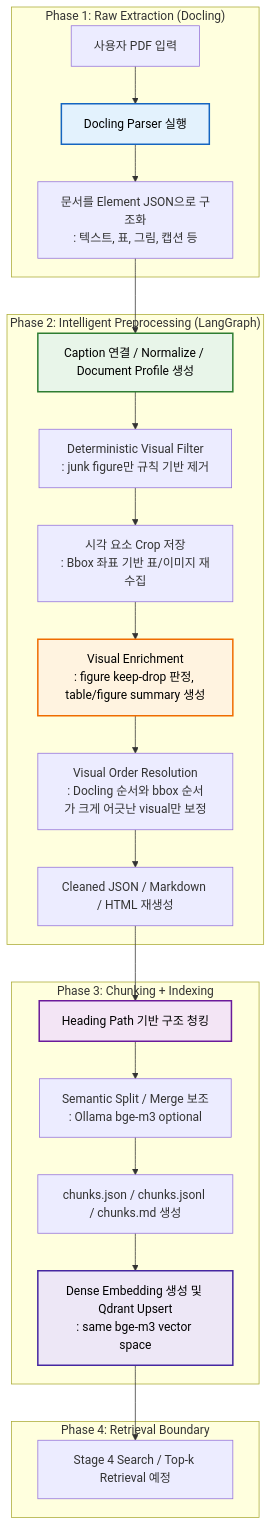
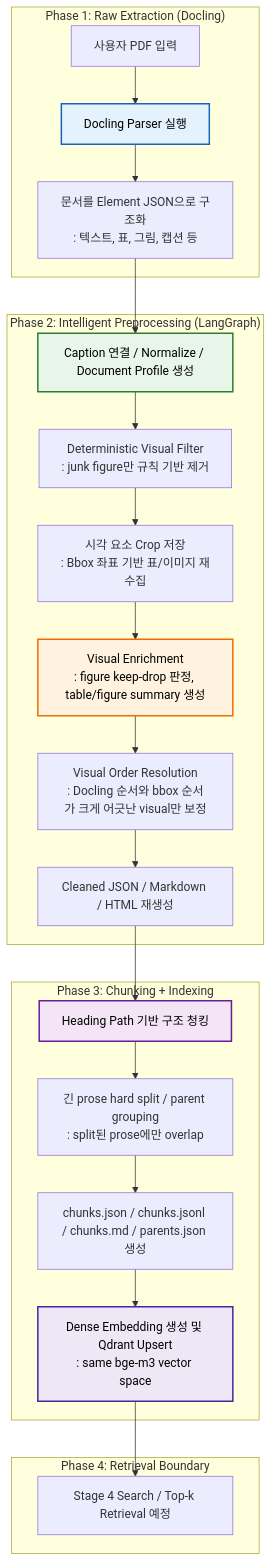
The diagram in README.md (sonsukwoo/doc-chat-rag), drawn with Mermaid before and after one commit. The commit also changed other lines of this file and 6 other files, not shown here.

Commit message:
stage3 청킹 리팩토링: semantic 보정 제거, parent_id/parents.json 도입

````diff
--- a/README.md
+++ b/README.md
@@ -54,33 +54,33 @@
 ```mermaid
 flowchart TD
     subgraph "Phase 1: Raw Extraction (Docling)"
         A[사용자 PDF 입력] --> B[Docling Parser 실행]
         B --> C[문서를 Element JSON으로 구조화\n: 텍스트, 표, 그림, 캡션 등]
     end
 
     subgraph "Phase 2: Intelligent Preprocessing (LangGraph)"
         C --> D[Caption 연결 / Normalize / Document Profile 생성]
         D --> E[Deterministic Visual Filter\n: junk figure만 규칙 기반 제거]
         E --> F[시각 요소 Crop 저장\n: Bbox 좌표 기반 표/이미지 재수집]
         F --> G[Visual Enrichment\n: figure keep-drop 판정, table/figure summary 생성]
         G --> H[Visual Order Resolution\n: Docling 순서와 bbox 순서가 크게 어긋난 visual만 보정]
         H --> I[Cleaned JSON / Markdown / HTML 재생성]
     end
 
     subgraph "Phase 3: Chunking + Indexing"
         I --> J[Heading Path 기반 구조 청킹]
-        J --> K[Semantic Split / Merge 보조\n: Ollama bge-m3 optional]
-        K --> L[chunks.json / chunks.jsonl / chunks.md 생성]
+        J --> K[긴 prose hard split / parent grouping\n: split된 prose에만 overlap]
+        K --> L[chunks.json / chunks.jsonl / chunks.md / parents.json 생성]
         L --> M[Dense Embedding 생성 및 Qdrant Upsert\n: same bge-m3 vector space]
     end
 
     subgraph "Phase 4: Retrieval Boundary"
         M --> N[Stage 4 Search / Top-k Retrieval 예정]
     end
 
     style B fill:#e3f2fd,stroke:#1565c0,stroke-width:2px,color:#000
     style D fill:#e8f5e9,stroke:#2e7d32,stroke-width:2px,color:#000
     style G fill:#fff3e0,stroke:#ef6c00,stroke-width:2px,color:#000
     style J fill:#f3e5f5,stroke:#6a1b9a,stroke-width:2px,color:#000
     style M fill:#ede7f6,stroke:#4527a0,stroke-width:2px,color:#000
 ```
````
